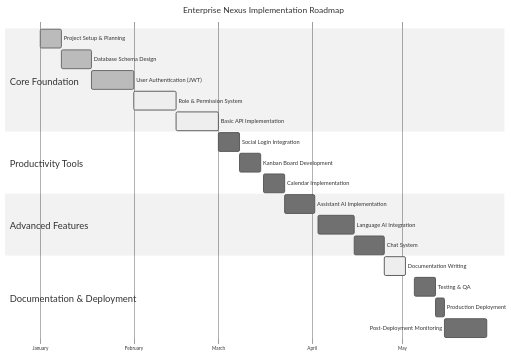
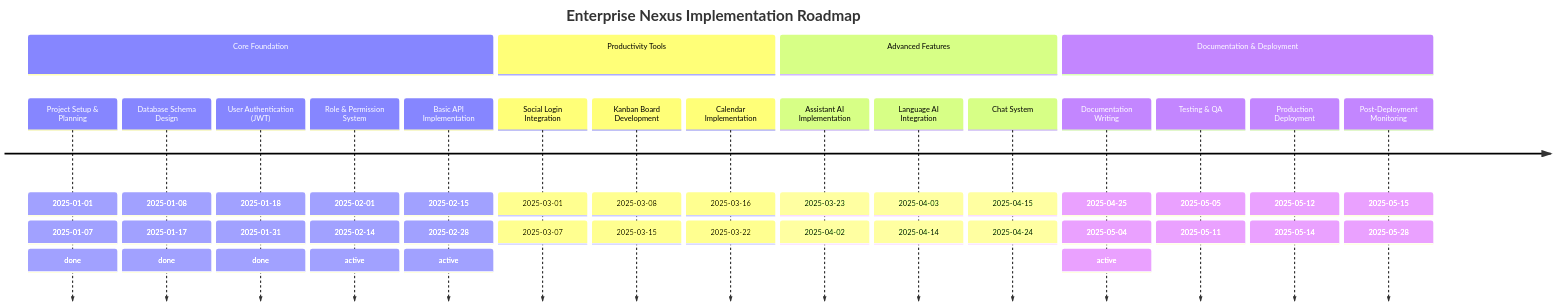
One commit to TuPhung369/Haaga_Backend_Programming changed the fourth of 4 diagrams in TuPhung_Docs/docs/intro.md. Above: the diagram before and after it, drawn with Mermaid. The commit also changed 12 other files, not shown here.

````diff
--- a/TuPhung_Docs/docs/intro.md
+++ b/TuPhung_Docs/docs/intro.md
@@ -530,48 +530,61 @@
 ```mermaid
 %%{
   init: {
     'theme': 'neutral',
-    'gantt': {
-      'barHeight': 40,
-      'fontSize': 12,
-      'titleFontSize': 28,
-      'sectionFontSize': 20,
-      'numberSectionStyles': 5,
-      'axisFormat': '%B',
-      'topPadding': 60,
-      'bottomPadding': 70,
-      'leftPadding': 75,
-      'rightPadding': 75,
+    'themeVariables': {
+      'primaryColor': '#E8F0FE',
+      'primaryTextColor': '#000000',
+      'primaryBorderColor': '#BBDEFB',
+      'lineColor': '#2196F3',
+      'secondaryColor': '#F5F5F5',
+      'tertiaryColor': '#FFFFFF',
+      'fontSize': '20px',
       'fontFamily': 'Arial, sans-serif',
-      'tickInterval': '1month',
-      'axisWidth': 100
+      'taskTextColor': '#000000',
+      'taskTextDarkColor': '#000000',
+      'taskTextOutsideColor': '#000000',
+      'taskTextLightColor': '#000000',
+      'sectionTextColor': '#000000',
+      'fontWeight': 'bold',
+      'sectionFontSize': '28px',
+      'sectionFontWeight': 'bold',
+      'sectionBackgroundColor': '#FFFFFF',
+      'sectionBackgroundDarkColor': '#FFFFFF',
+      'sectionBorderWidth': '2px',
+      'sectionBorderColor': '#BBDEFB',
+      'sectionBorderRadius': '10px',
+      'sectionPadding': '10px',
+      'sectionMargin': '10px',
+      'sectionTitleColor': '#000000',
+      'sectionTitleDarkColor': '#000000',
+      'sectionTitleLightColor': '#000000',
+      'sectionTitleFontSize': '28px',
     }
   }
 }%%
-gantt
+timeline
     title Enterprise Nexus Implementation Roadmap
-    dateFormat  YYYY-MM-DD
 
     section Core Foundation
-    Project Setup & Planning     :done,     setup,   2025-01-01, 7d
-    Database Schema Design       :done,    schema,  2025-01-08, 10d
-    User Authentication (JWT)    :done,     auth,    2025-01-18, 14d
-    Role & Permission System      :active,   roles,   2025-02-01, 14d
-    Basic API Implementation     :active,   api,     2025-02-15, 14d
+      Project Setup & Planning : 2025-01-01 : 2025-01-07 : done
+      Database Schema Design : 2025-01-08 : 2025-01-17 : done
+      User Authentication (JWT) : 2025-01-18 : 2025-01-31 : done
+      Role & Permission System : 2025-02-01 : 2025-02-14 : active
+      Basic API Implementation : 2025-02-15 : 2025-02-28 : active
 
     section Productivity Tools
-    Social Login Integration     :         social,  2025-03-01, 7d
-    Kanban Board Development     :         kanban,  2025-03-08, 7d
-    Calendar Implementation      :         cal,     2025-03-16, 7d
+      Social Login Integration : 2025-03-01 : 2025-03-07
+      Kanban Board Development : 2025-03-08 : 2025-03-15
+      Calendar Implementation : 2025-03-16 : 2025-03-22
 
     section Advanced Features
-    Assistant AI Implementation  :         ai,      2025-03-23, 10d
-    Language AI Integration      :         lang,    2025-04-03, 12d
-    Chat System                  :         chat,    2025-04-15, 10d
+      Assistant AI Implementation : 2025-03-23 : 2025-04-02
+      Language AI Integration : 2025-04-03 : 2025-04-14
+      Chat System : 2025-04-15 : 2025-04-24
 
     section Documentation & Deployment
-    Documentation Writing        :active,   docs,    2025-04-25, 7d
-    Testing & QA                 :         test,    2025-05-05, 7d
-    Production Deployment        :         deploy,  2025-05-12, 3d
-    Post-Deployment Monitoring   :         monitor, 2025-05-15, 14d
+      Documentation Writing : 2025-04-25 : 2025-05-04 : active
+      Testing & QA : 2025-05-05 : 2025-05-11
+      Production Deployment : 2025-05-12 : 2025-05-14
+      Post-Deployment Monitoring : 2025-05-15 : 2025-05-28
 ```
````
